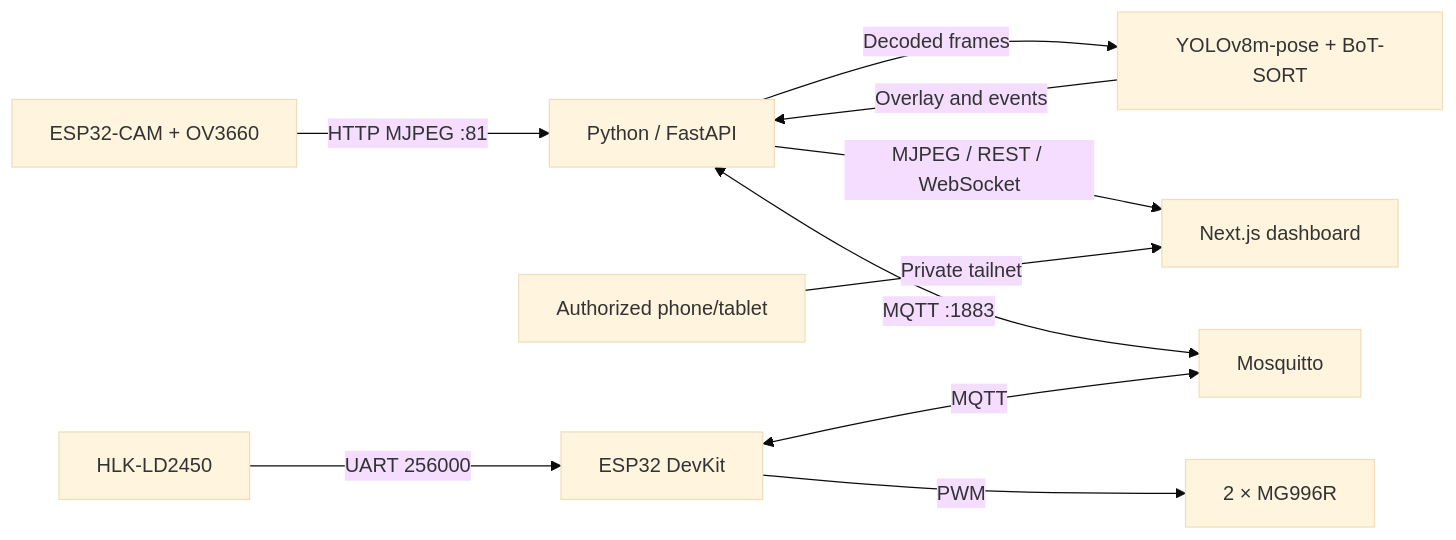
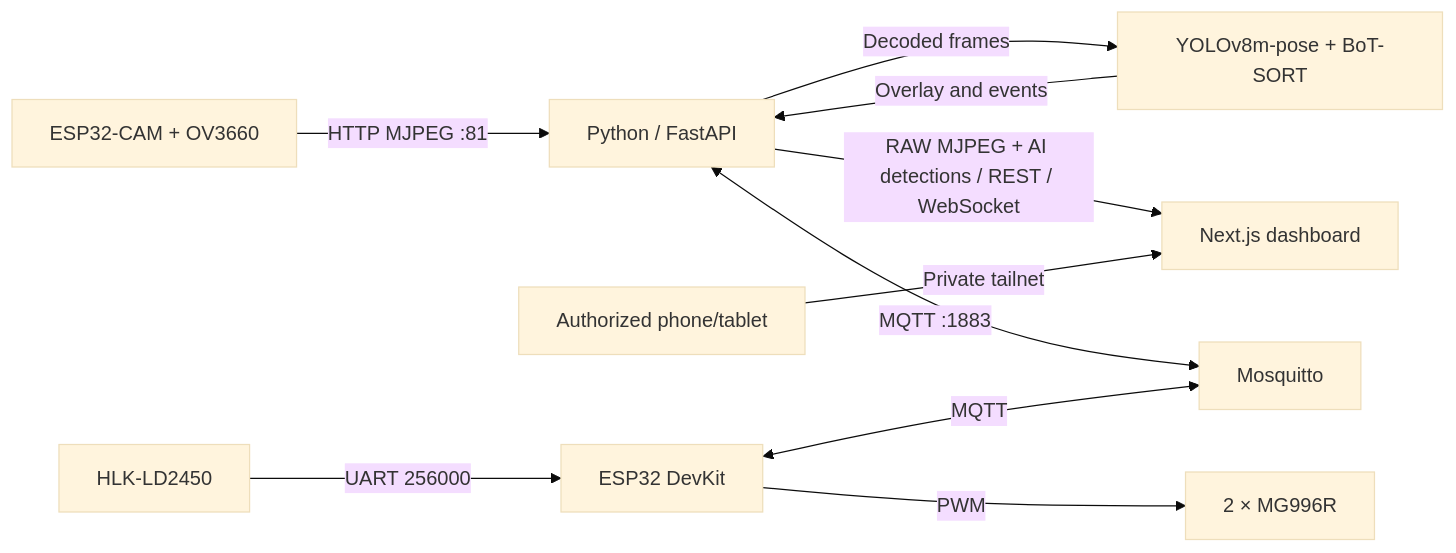
Before and after one commit to anphan991/Embedded_System: the diagram in README-en.md, drawn with Mermaid (base theme). The commit also changed other lines of this file and 40 other files, not shown here.

````diff
--- a/README-en.md
+++ b/README-en.md
@@ -39,12 +39,12 @@
 ```mermaid
 flowchart LR
     CAM[ESP32-CAM + OV3660] -->|HTTP MJPEG :81| BE[Python / FastAPI]
     BE -->|Decoded frames| AI[YOLOv8m-pose + BoT-SORT]
     AI -->|Overlay and events| BE
-    BE -->|MJPEG / REST / WebSocket| UI[Next.js dashboard]
+    BE -->|RAW MJPEG + AI detections / REST / WebSocket| UI[Next.js dashboard]
     RADAR[HLK-LD2450] -->|UART 256000| DEV[ESP32 DevKit]
     BE <-->|MQTT :1883| MQTT[Mosquitto]
     DEV <-->|MQTT| MQTT
     DEV -->|PWM| SERVO[2 × MG996R]
     CAREGIVER[Authorized phone/tablet] -->|Private tailnet| UI
 ```
````
